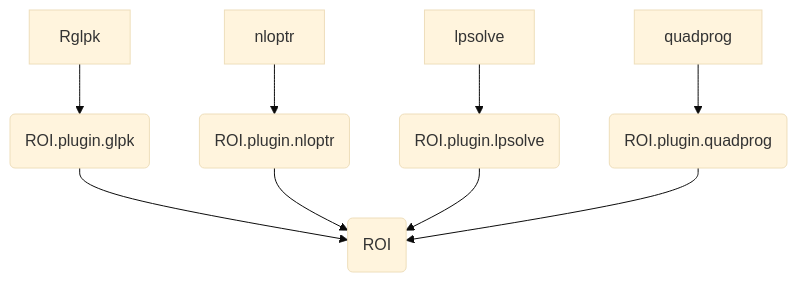
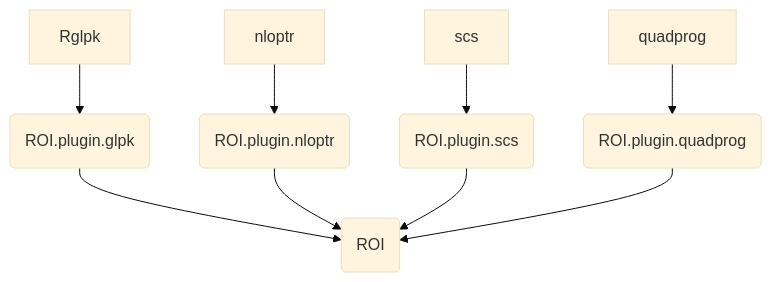
Before and after one commit to XiangyunHuang/data-analysis-in-action: the diagram in numerical-optimization.qmd, drawn with Mermaid (base theme). The commit also changed other lines of this file and 2 other files, not shown here.

````diff
--- a/numerical-optimization.qmd
+++ b/numerical-optimization.qmd
@@ -19,15 +19,15 @@
 ```{mermaid}
 %%| label: fig-roi-plugin
 %%| fig-width: 6.5
 %%| fig-cap: ROI 包、插件包和数值优化 R 包的关系
 
 flowchart TB
   Rglpk --> ROI_Rglpk(ROI.plugin.glpk)
   ROI_Rglpk --> ROI(ROI)
   nloptr --> ROI_nloptr(ROI.plugin.nloptr)
   ROI_nloptr --> ROI(ROI)
-  lpsolve --> ROI_lpsolve(ROI.plugin.lpsolve)
+  scs --> ROI_lpsolve(ROI.plugin.scs)
   ROI_lpsolve --> ROI(ROI)
   quadprog --> ROI_quadprog(ROI.plugin.quadprog)
   ROI_quadprog --> ROI(ROI)
 ```
````
